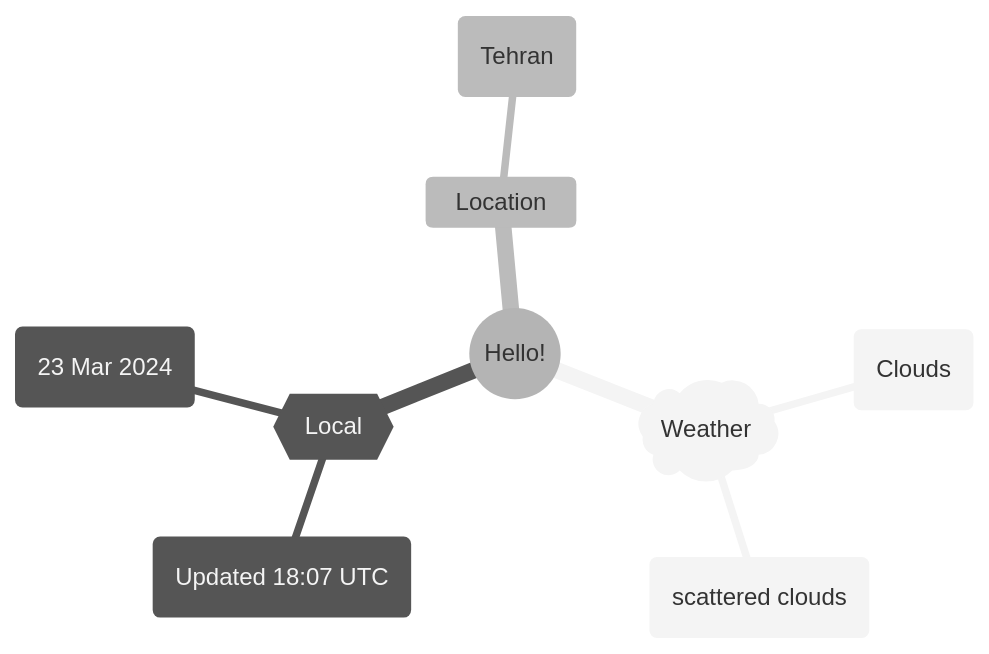
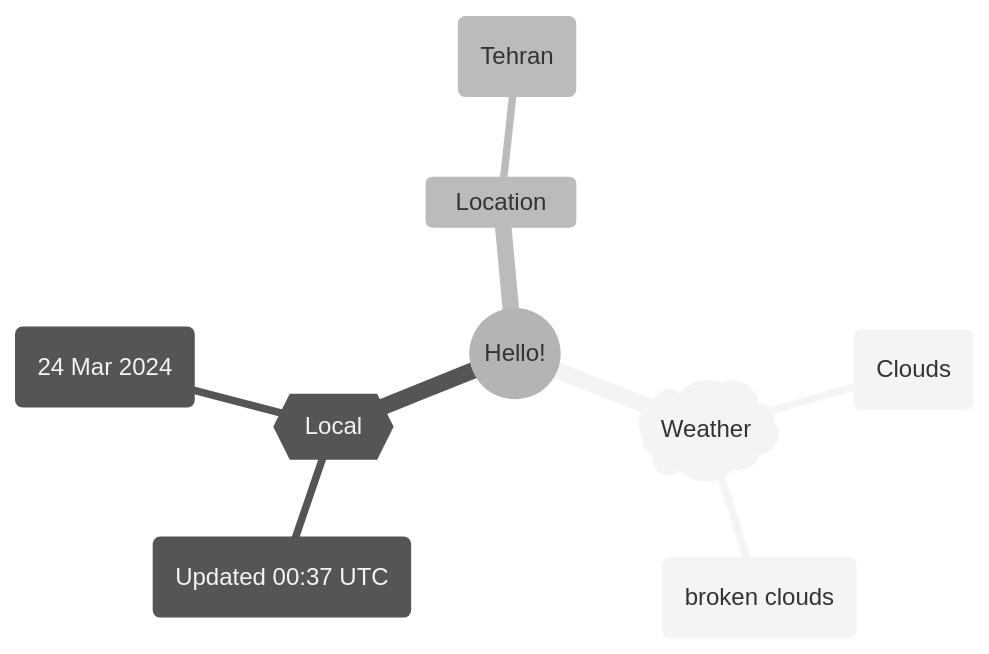
One commit to Xosrov/Xosrov changed the first of 2 diagrams in README.md. Above: the diagram before and after it, drawn with Mermaid (neutral theme).

Commit message:
[bot] updated images

````diff
--- a/README.md
+++ b/README.md
@@ -3,12 +3,12 @@
 ```mermaid
 mindmap
   root((Hello!))
     )Weather(
         (Clouds)
-        (scattered clouds)
+        (broken clouds)
     {{Local}}
-        (Updated 18:07 UTC)
-        (23 Mar 2024)
+        (Updated 00:37 UTC)
+        (24 Mar 2024)
     Location
         (Tehran)
 ```
````
